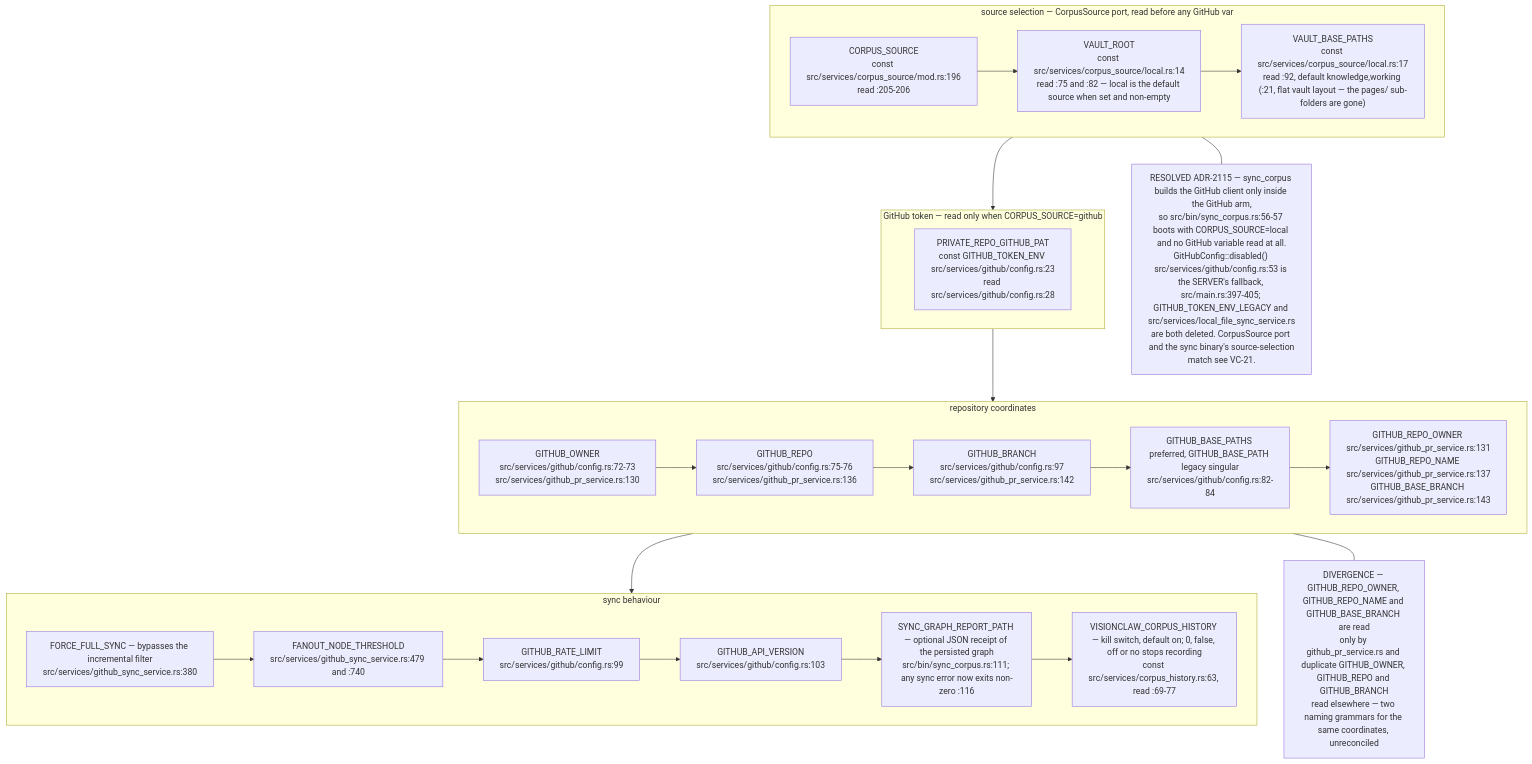
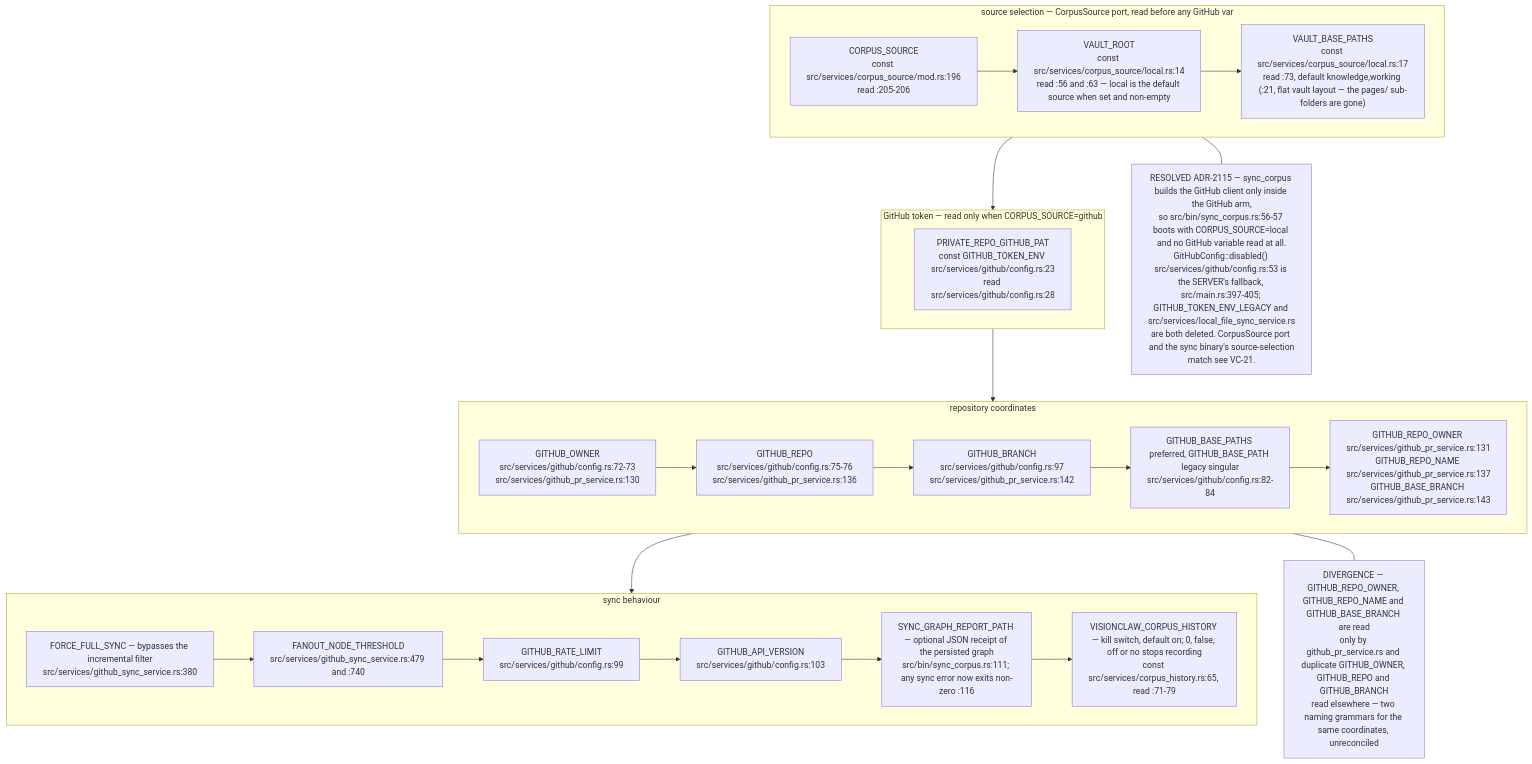
Diagram 11 of 16 in docs/diagrams/visionclaw/09-config-and-env-flags.md (DreamLab-AI/VisionFlow), drawn with Mermaid before and after one commit. The commit also changed other lines of this file and 46 other files, not shown here.

Commit message:
docs(diagrams): re-verify VisionClaw topics at 809a859aa/a950f4d80 after the consolidation pass

````diff
--- a/docs/diagrams/visionclaw/09-config-and-env-flags.md
+++ b/docs/diagrams/visionclaw/09-config-and-env-flags.md
@@ -470,20 +470,20 @@
 ```mermaid
 flowchart TB
     subgraph SEL["source selection — CorpusSource port, read before any GitHub var"]
-        C1["CORPUS_SOURCE<br/>const src/services/corpus_source/mod.rs:196<br/>read :205-206"] --> C2["VAULT_ROOT<br/>const src/services/corpus_source/local.rs:14<br/>read :75 and :82 — local is the default source when set and non-empty"] --> C3["VAULT_BASE_PATHS<br/>const src/services/corpus_source/local.rs:17<br/>read :92, default knowledge,working (:21, flat vault layout — the pages/ sub-folders are gone)"]
+        C1["CORPUS_SOURCE<br/>const src/services/corpus_source/mod.rs:196<br/>read :205-206"] --> C2["VAULT_ROOT<br/>const src/services/corpus_source/local.rs:14<br/>read :56 and :63 — local is the default source when set and non-empty"] --> C3["VAULT_BASE_PATHS<br/>const src/services/corpus_source/local.rs:17<br/>read :73, default knowledge,working (:21, flat vault layout — the pages/ sub-folders are gone)"]
     end
     subgraph TOK["GitHub token — read only when CORPUS_SOURCE=github"]
         T1["PRIVATE_REPO_GITHUB_PAT<br/>const GITHUB_TOKEN_ENV src/services/github/config.rs:23<br/>read src/services/github/config.rs:28"]
     end
     subgraph LOC["repository coordinates"]
         L1["GITHUB_OWNER<br/>src/services/github/config.rs:72-73<br/>src/services/github_pr_service.rs:130"] --> L2["GITHUB_REPO<br/>src/services/github/config.rs:75-76<br/>src/services/github_pr_service.rs:136"] --> L3["GITHUB_BRANCH<br/>src/services/github/config.rs:97<br/>src/services/github_pr_service.rs:142"] --> L4["GITHUB_BASE_PATHS preferred, GITHUB_BASE_PATH legacy singular<br/>src/services/github/config.rs:82-84"] --> L5["GITHUB_REPO_OWNER src/services/github_pr_service.rs:131<br/>GITHUB_REPO_NAME src/services/github_pr_service.rs:137<br/>GITHUB_BASE_BRANCH src/services/github_pr_service.rs:143"]
     end
     subgraph BEHAV["sync behaviour"]
-        B1["FORCE_FULL_SYNC — bypasses the incremental filter<br/>src/services/github_sync_service.rs:380"] --> B2["FANOUT_NODE_THRESHOLD<br/>src/services/github_sync_service.rs:479 and :740"] --> B3["GITHUB_RATE_LIMIT<br/>src/services/github/config.rs:99"] --> B4["GITHUB_API_VERSION<br/>src/services/github/config.rs:103"] --> B5["SYNC_GRAPH_REPORT_PATH — optional JSON receipt of the persisted graph<br/>src/bin/sync_corpus.rs:111; any sync error now exits non-zero :116"] --> B6["VISIONCLAW_CORPUS_HISTORY — kill switch, default on; 0, false, off or no stops recording<br/>const src/services/corpus_history.rs:63, read :69-77"]
+        B1["FORCE_FULL_SYNC — bypasses the incremental filter<br/>src/services/github_sync_service.rs:380"] --> B2["FANOUT_NODE_THRESHOLD<br/>src/services/github_sync_service.rs:479 and :740"] --> B3["GITHUB_RATE_LIMIT<br/>src/services/github/config.rs:99"] --> B4["GITHUB_API_VERSION<br/>src/services/github/config.rs:103"] --> B5["SYNC_GRAPH_REPORT_PATH — optional JSON receipt of the persisted graph<br/>src/bin/sync_corpus.rs:111; any sync error now exits non-zero :116"] --> B6["VISIONCLAW_CORPUS_HISTORY — kill switch, default on; 0, false, off or no stops recording<br/>const src/services/corpus_history.rs:65, read :71-79"]
     end
     SEL --> TOK --> LOC --> BEHAV
     N4["DIVERGENCE — GITHUB_REPO_OWNER, GITHUB_REPO_NAME and GITHUB_BASE_BRANCH are read<br/>only by github_pr_service.rs and duplicate GITHUB_OWNER, GITHUB_REPO and GITHUB_BRANCH<br/>read elsewhere — two naming grammars for the same coordinates, unreconciled"]
     LOC --- N4
     N5["RESOLVED ADR-2115 — sync_corpus builds the GitHub client only inside the GitHub arm,<br/>so src/bin/sync_corpus.rs:56-57 boots with CORPUS_SOURCE=local and no GitHub variable read at all.<br/>GitHubConfig::disabled() src/services/github/config.rs:53 is the SERVER's fallback, src/main.rs:397-405; GITHUB_TOKEN_ENV_LEGACY and src/services/local_file_sync_service.rs<br/>are both deleted. CorpusSource port and the sync binary's source-selection<br/>match see VC-21."]
     SEL --- N5
 ```
````
